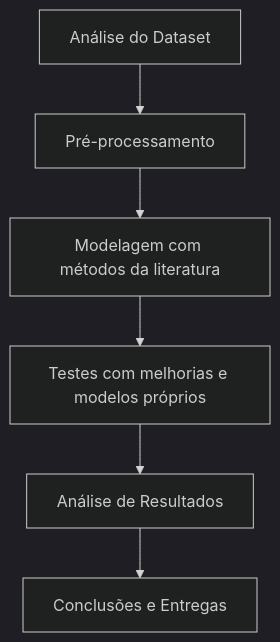
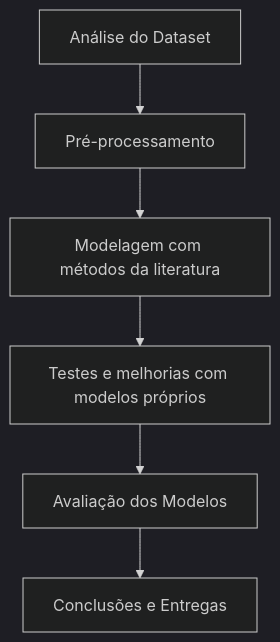
One commit to WaRP-Waste-Recycling-Plant/.github changed the diagram in profile/README.md. Above: the diagram before and after it, drawn with Mermaid (dark theme). The commit also changed other lines of this file, not shown here.

````diff
--- a/profile/README.md
+++ b/profile/README.md
@@ -93,8 +75,8 @@
 ```mermaid
 graph TD
 A[Análise do Dataset] --> B[Pré-processamento]
 B --> C[Modelagem com métodos da literatura]
-C --> D[Testes com melhorias e modelos próprios]
-D --> E[Análise de Resultados]
+C --> D[Testes e melhorias com modelos próprios]
+D --> E[Avaliação dos Modelos]
 E --> F[Conclusões e Entregas]
 ```
````
